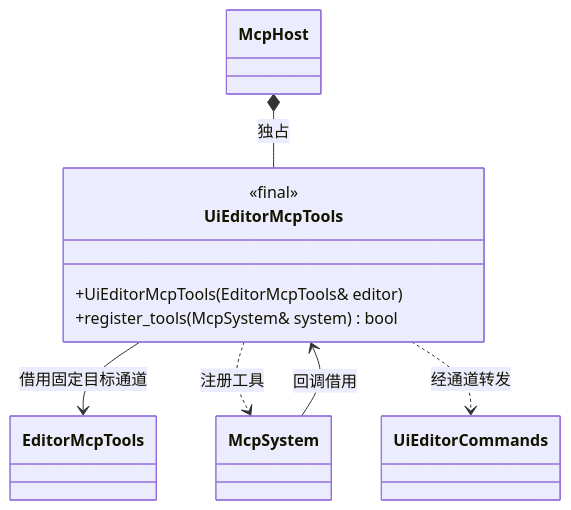
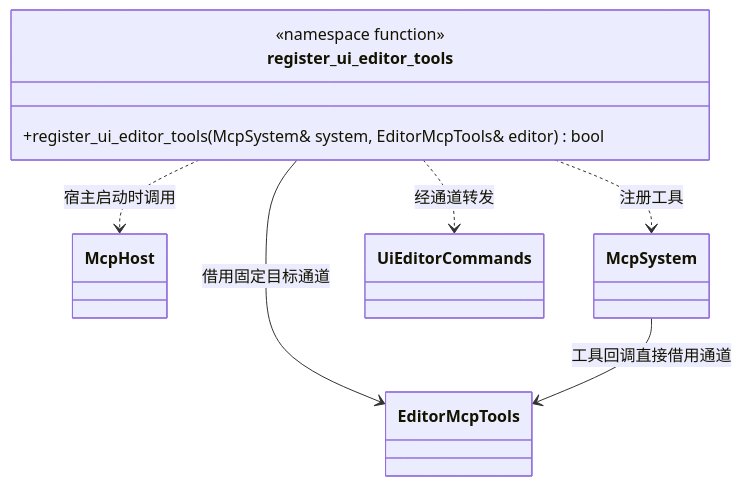
Before and after one commit to lcals/Engine: the third of 7 diagrams in docs/plugins/editor/class-diagrams/ui-editor.md, drawn with Mermaid. The commit also changed other lines of this file and 195 other files, not shown here.

````diff
--- a/docs/plugins/editor/class-diagrams/ui-editor.md
+++ b/docs/plugins/editor/class-diagrams/ui-editor.md
@@ -61,17 +63,16 @@
 ```mermaid
 classDiagram
-    class UiEditorMcpTools {
-        <<final>>
-        +UiEditorMcpTools(EditorMcpTools& editor)
-        +register_tools(McpSystem& system) bool
+    class register_ui_editor_tools {
+        <<namespace function>>
+        +register_ui_editor_tools(McpSystem& system, EditorMcpTools& editor) bool
     }
     class McpHost
     class EditorMcpTools
     class McpSystem
     class UiEditorCommands
-    McpHost *-- UiEditorMcpTools : 独占
-    UiEditorMcpTools --> EditorMcpTools : 借用固定目标通道
-    UiEditorMcpTools ..> McpSystem : 注册工具
-    McpSystem --> UiEditorMcpTools : 回调借用
-    UiEditorMcpTools ..> UiEditorCommands : 经通道转发
+    register_ui_editor_tools ..> McpHost : 宿主启动时调用
+    register_ui_editor_tools --> EditorMcpTools : 借用固定目标通道
+    register_ui_editor_tools ..> McpSystem : 注册工具
+    McpSystem --> EditorMcpTools : 工具回调直接借用通道
+    register_ui_editor_tools ..> UiEditorCommands : 经通道转发
 ```
````
